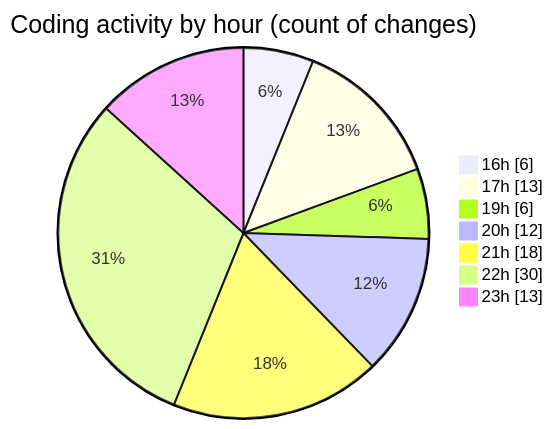
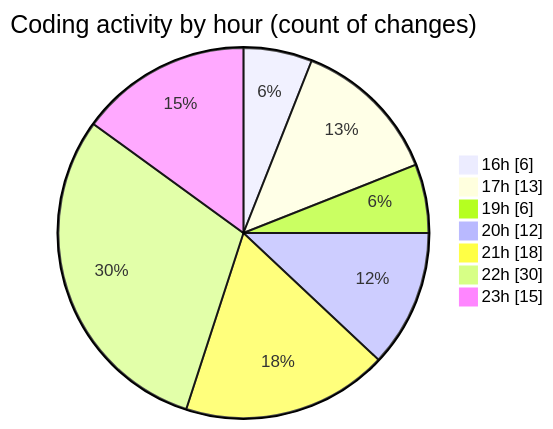
One commit to idhammustaqopulfikri/code-tracking changed the second of 2 diagrams in 2025-06-22/studio-backend/README.md. Above: the diagram before and after it, drawn with Mermaid. The commit also changed other lines of this file and 1 other file, not shown here.

````diff
--- a/2025-06-22/studio-backend/README.md
+++ b/2025-06-22/studio-backend/README.md
@@ -39,11 +39,11 @@
 ```mermaid
 pie showData
 title Coding activity by hour (count of changes)
 "16h" : 6
 "17h" : 13
 "19h" : 6
 "20h" : 12
 "21h" : 18
 "22h" : 30
-"23h" : 13
+"23h" : 15
 ```
````
